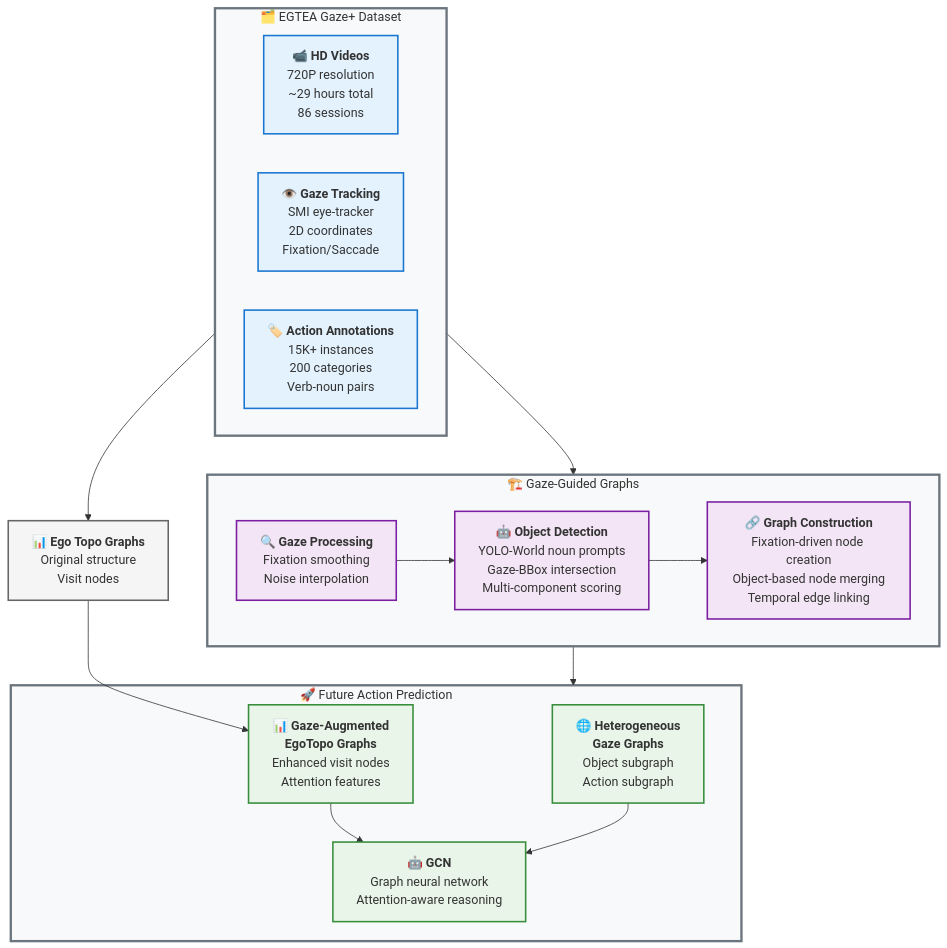
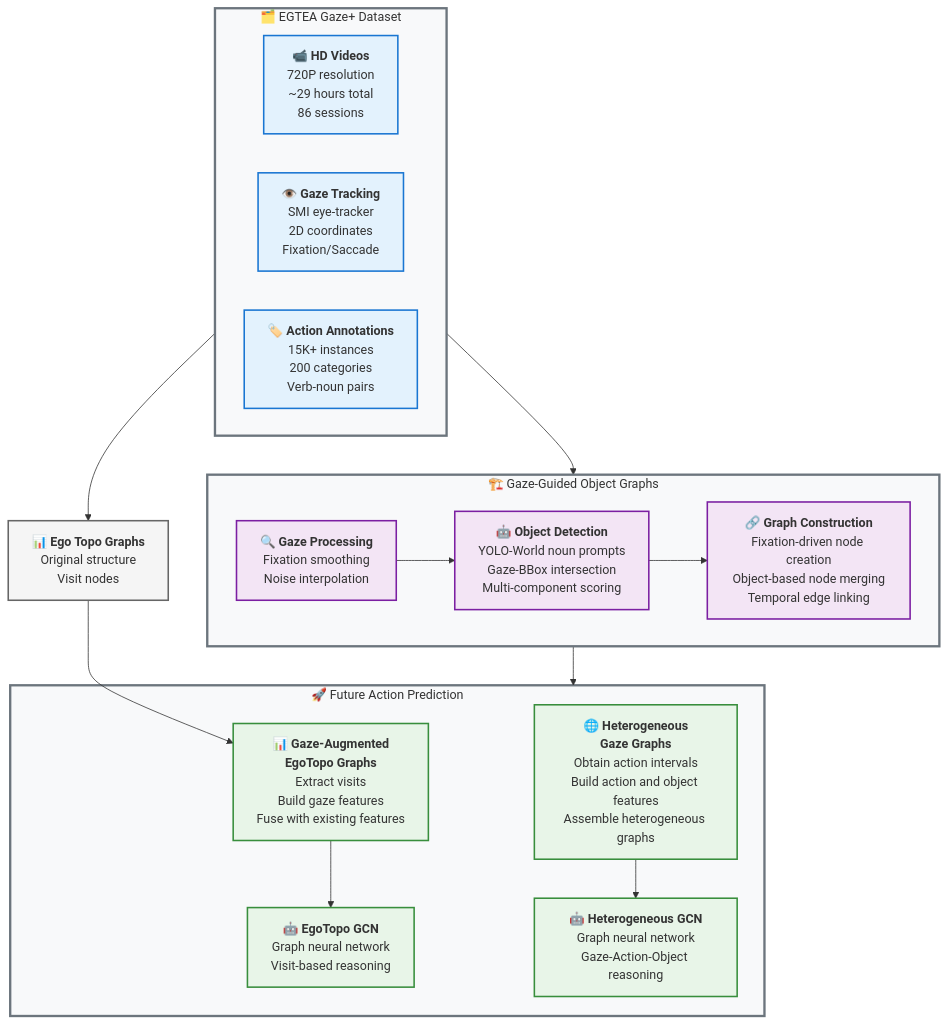
Before and after one commit to tavis-siebert/gaze-guided-scene: the diagram in figures/graph-construction-overview.md, drawn with Mermaid. The commit also changed other lines of this file, not shown here.

Commit message:
feat(graph-construction): split GCN into separate EgoTopo and Heterogeneous models
- Split single GCN into EgoTopo GCN Model and Heterogeneous GCN
- Update gaze-augmented EgoTopo bullets to focus on visit extraction and feature concatenation
- Update heterogeneous graph bullets to emphasize action intervals and multimodal assembly
- Maintain clear separation between visit-based and cross-modal reasoning paths

````diff
--- a/figures/graph-construction-overview.md
+++ b/figures/graph-construction-overview.md
@@ -23,7 +23,7 @@
     end
     
     %% Core Processing Pipeline - Second level
-    subgraph Pipeline["🏗️ Gaze-Guided Graphs"]
+    subgraph Pipeline["🏗️ Gaze-Guided Object Graphs"]
         direction LR
         D["`🔍 **Gaze Processing**
         Fixation smoothing
@@ -52,21 +52,27 @@
     subgraph Prediction["🚀 Future Action Prediction"]
         G["`📊 **Gaze-Augmented
         EgoTopo Graphs**
-        Enhanced visit nodes
-        Attention features`"]
+        Extract visits
+        Build gaze features
+        Fuse with existing features`"]
         
         H["`🌐 **Heterogeneous
         Gaze Graphs**
-        Object subgraph
-        Action subgraph`"]
+        Obtain action intervals
+        Build action and object features
+        Assemble heterogeneous graphs`"]
         
-        I["`🤖 **GCN**
+        I1["`🤖 **EgoTopo GCN**
         Graph neural network
-        Attention-aware reasoning`"]
+        Visit-based reasoning`"]
+        
+        I2["`🤖 **Heterogeneous GCN**
+        Graph neural network
+        Gaze-Action-Object reasoning`"]
         
         %% Internal connections
-        G --> I
-        H --> I
+        G --> I1
+        H --> I2
     end
     
     %% Vertical flow connections
@@ -86,6 +92,6 @@
     class Dataset,Pipeline,Prediction grayContainer
     class A,B,C inputNode
     class D,E,F processingNode
-    class G,H,I outputNode
+    class G,H,I1,I2 outputNode
     class J externalNode
 ```
````
